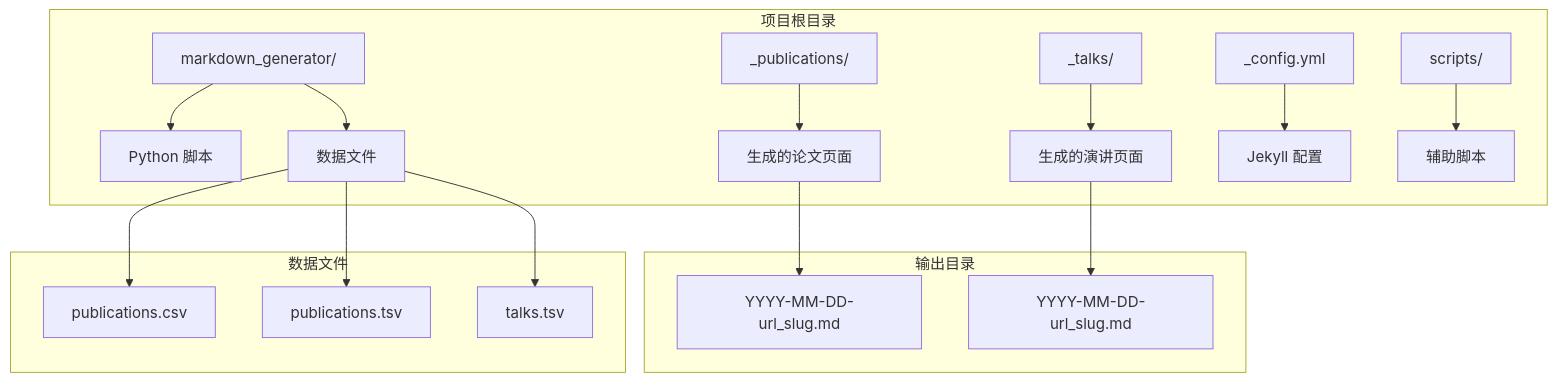
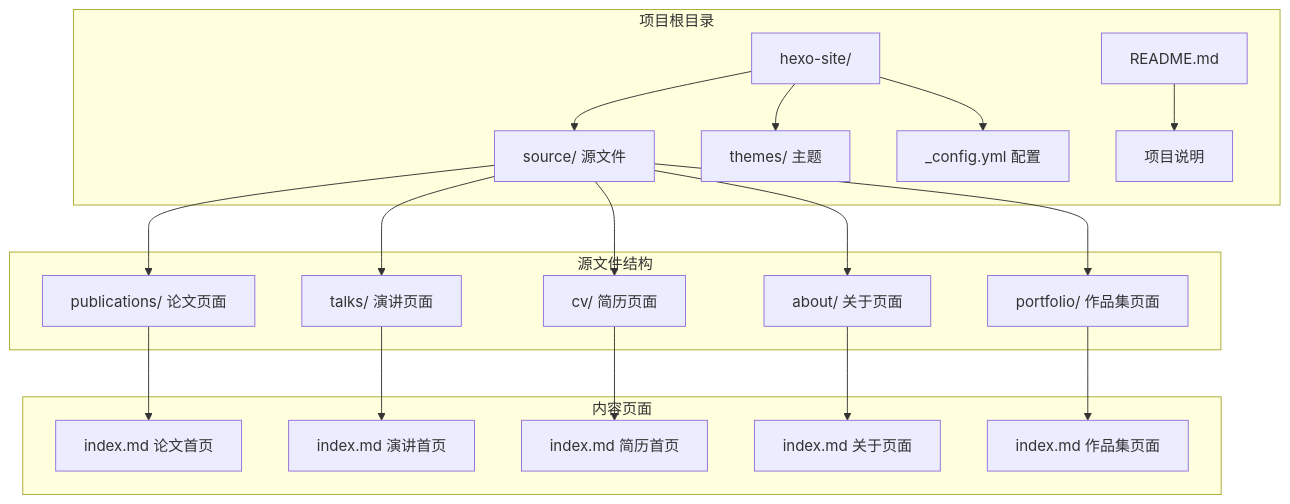
Before and after one commit to CoolPig0720/CoolPig0720.github.io: the first of 9 diagrams in .qoder/repowiki/zh/content/数据处理和自动化/Python 数据处理脚本.md, drawn with Mermaid. The commit also changed other lines of this file and 36 other files, not shown here.

````diff
--- a/.qoder/repowiki/zh/content/数据处理和自动化/Python 数据处理脚本.md
+++ b/.qoder/repowiki/zh/content/数据处理和自动化/Python 数据处理脚本.md
@@ -41,20 +40,23 @@
 ```mermaid
 graph TB
 subgraph "项目根目录"
-A[markdown_generator/] --> B[Python 脚本]
-A --> C[数据文件]
-D[_publications/] --> E[生成的论文页面]
-F[_talks/] --> G[生成的演讲页面]
-H[_config.yml] --> I[Jekyll 配置]
-J[scripts/] --> K[辅助脚本]
+A[hexo-site/] --> B[source/ 源文件]
+A --> C[themes/ 主题]
+A --> D[_config.yml 配置]
+E[README.md] --> F[项目说明]
 end
-subgraph "数据文件"
-C --> L[publications.csv]
-C --> M[publications.tsv]
-C --> N[talks.tsv]
+subgraph "源文件结构"
+B --> G[publications/ 论文页面]
+B --> H[talks/ 演讲页面]
+B --> I[cv/ 简历页面]
+B --> J[about/ 关于页面]
+B --> K[portfolio/ 作品集页面]
 end
-subgraph "输出目录"
-E --> O[YYYY-MM-DD-url_slug.md]
-G --> P[YYYY-MM-DD-url_slug.md]
+subgraph "内容页面"
+G --> L[index.md 论文首页]
+H --> M[index.md 演讲首页]
+I --> N[index.md 简历首页]
+J --> O[index.md 关于页面]
+K --> P[index.md 作品集页面]
 end
 ```
````
